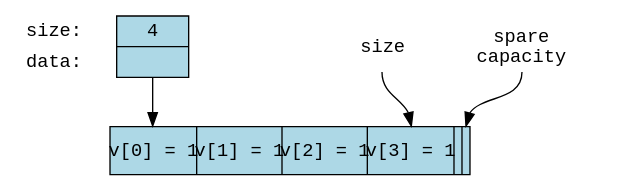
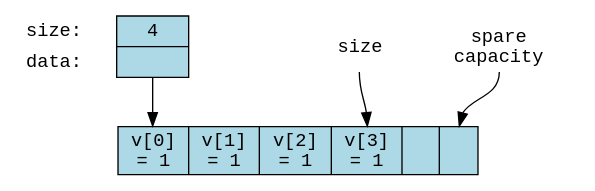
The second of 2 diagrams in _sources/string+vector/vector.rst (townmath/cisp400-reader), drawn with Graphviz before and after one commit. The commit also changed other lines of this file, not shown here.

Commit message:
tweak graphs

```diff
--- a/_sources/string+vector/vector.rst
+++ b/_sources/string+vector/vector.rst
@@ -358,28 +357,28 @@
 .. graphviz:: 
 
    digraph {
    node [
         fontname = "Courier"
         fontsize = 14
         shape = "record"
         style=filled
         fillcolor=lightblue
      ]
      names [ 
         color = white;
         fillcolor=white;
         label = "{size: | <f0> data: }";
      ]
      struct [
         label = "{4 | <f0> }";
      ]
      node [shape=record, color=black, fontcolor=black, fillcolor=white, width=3.75, fixedsize=true];
      labels [label="<f0> | <f4> size | <f5> spare\ncapacity ", color=white];
-     values [label="<f0> v[0] = 1 | <f1> v[1] = 1 | <f2> v[2] = 1 | <f3> v[3] = 1 | | <f5> ", 
+     values [label="<f0> v[0]\n= 1 | <f1> v[1]\n= 1 | <f2> v[2]\n= 1 | <f3> v[3]\n= 1 |     | <f5>   ", 
              color=black, fillcolor=lightblue, style=filled];
      edge [color=black];
      struct:f0:s -> values:f0;
      labels:f4 -> values:f3;
      labels:f5 -> values:f5;
      {rank=same; struct,labels};
    }
```
